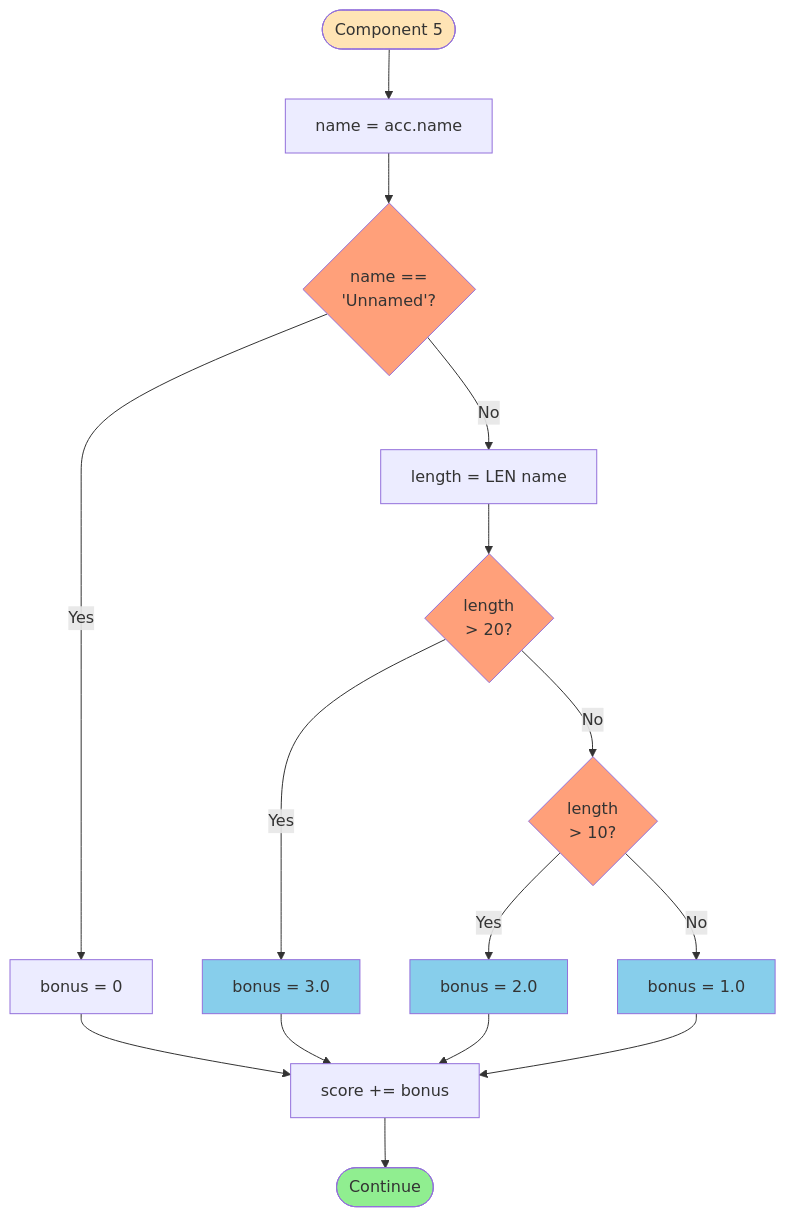
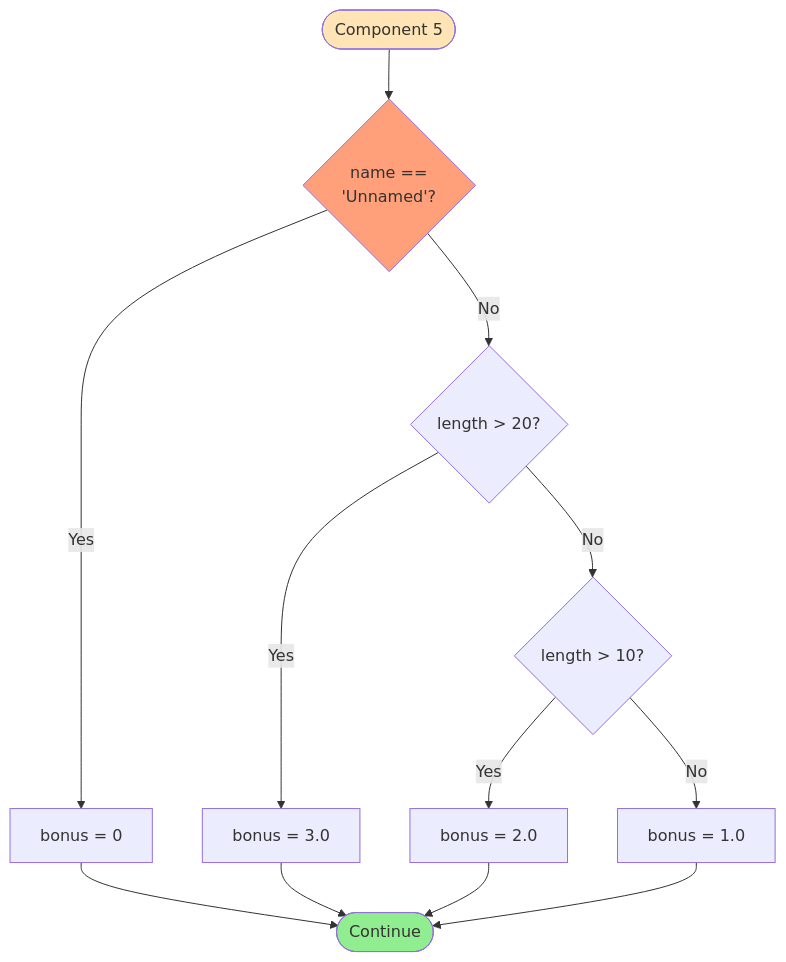
One commit to 24127592-UcNguyenAnhVo/Rank_accom changed the fifth of 7 diagrams in Ranking_Algorithm_Documentation/03_Flowchart/flowchart_components.md. Above: the diagram before and after it, drawn with Mermaid. The commit also changed other lines of this file, not shown here.

First line of the commit message:
Revise flowchart components and scoring details

````diff
--- a/Ranking_Algorithm_Documentation/03_Flowchart/flowchart_components.md
+++ b/Ranking_Algorithm_Documentation/03_Flowchart/flowchart_components.md
@@ -132,31 +122,22 @@
 ```mermaid
 flowchart TD
-    Start([Component 5]) --> GetName[name = acc.name]
-    GetName --> CheckUnnamed{name ==<br/>'Unnamed'?}
+    Start([Component 5]) --> CheckUnnamed{name ==<br/>'Unnamed'?}
     
     CheckUnnamed -->|Yes| NoBonus[bonus = 0]
-    CheckUnnamed -->|No| GetLength[length = LEN name]
+    CheckUnnamed -->|No| Check20{length > 20?}
     
-    GetLength --> Check20{length<br/>> 20?}
     Check20 -->|Yes| Bonus3[bonus = 3.0]
-    Check20 -->|No| Check10{length<br/>> 10?}
+    Check20 -->|No| Check10{length > 10?}
     
     Check10 -->|Yes| Bonus2[bonus = 2.0]
     Check10 -->|No| Bonus1[bonus = 1.0]
     
-    NoBonus --> AddBonus[score += bonus]
-    Bonus3 --> AddBonus
-    Bonus2 --> AddBonus
-    Bonus1 --> AddBonus
-    
-    AddBonus --> End([Continue])
+    NoBonus --> End([Continue])
+    Bonus3 --> End
+    Bonus2 --> End
+    Bonus1 --> End
     
     style Start fill:#FFE4B5
     style CheckUnnamed fill:#FFA07A
-    style Check20 fill:#FFA07A
-    style Check10 fill:#FFA07A
-    style Bonus3 fill:#87CEEB
-    style Bonus2 fill:#87CEEB
-    style Bonus1 fill:#87CEEB
     style End fill:#90EE90
 ```
````
